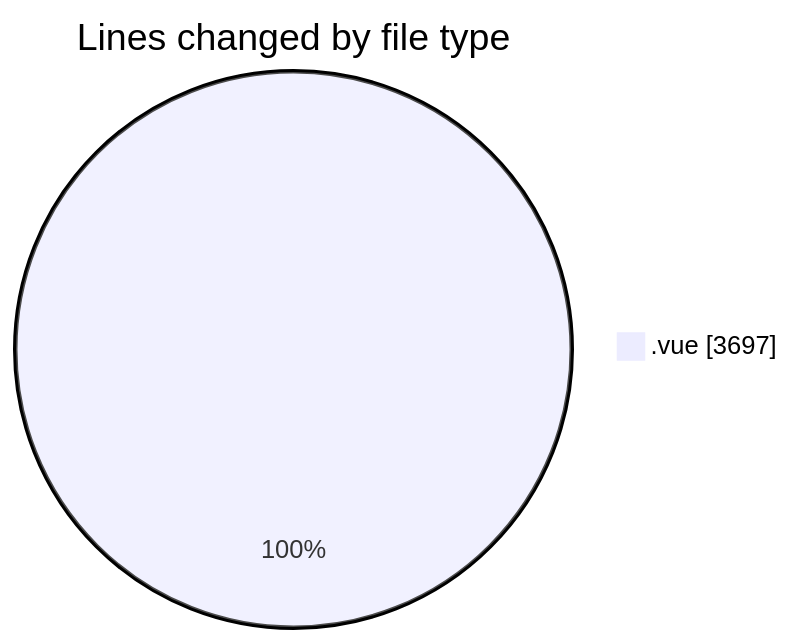
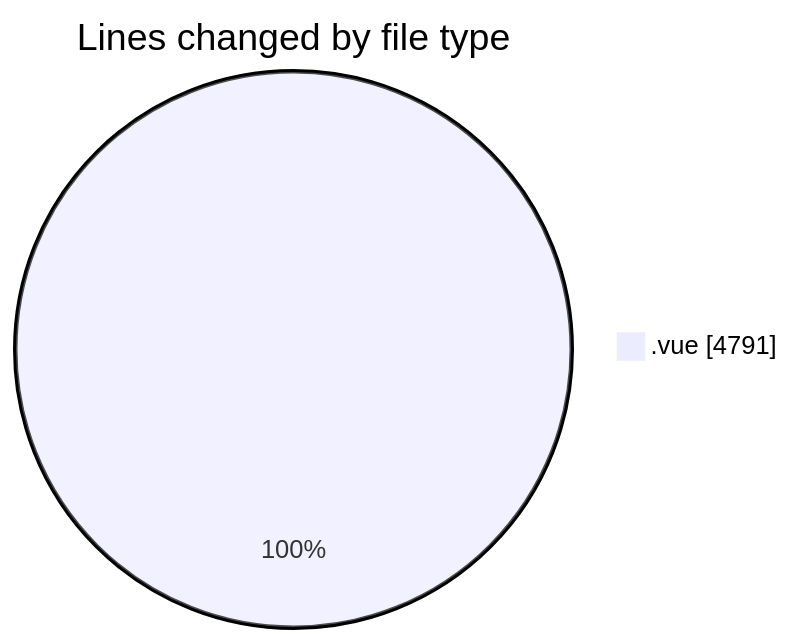
Before and after one commit to lephambinh05/code-tracking: the first of 2 diagrams in 2025-08-14/rentotp/README.md, drawn with Mermaid. The commit also changed other lines of this file and 1 other file, not shown here.

````diff
--- a/2025-08-14/rentotp/README.md
+++ b/2025-08-14/rentotp/README.md
@@ -21,5 +22,5 @@
 ```mermaid
 pie showData
 title Lines changed by file type
-".vue" : 3697
+".vue" : 4791
 ```
````
